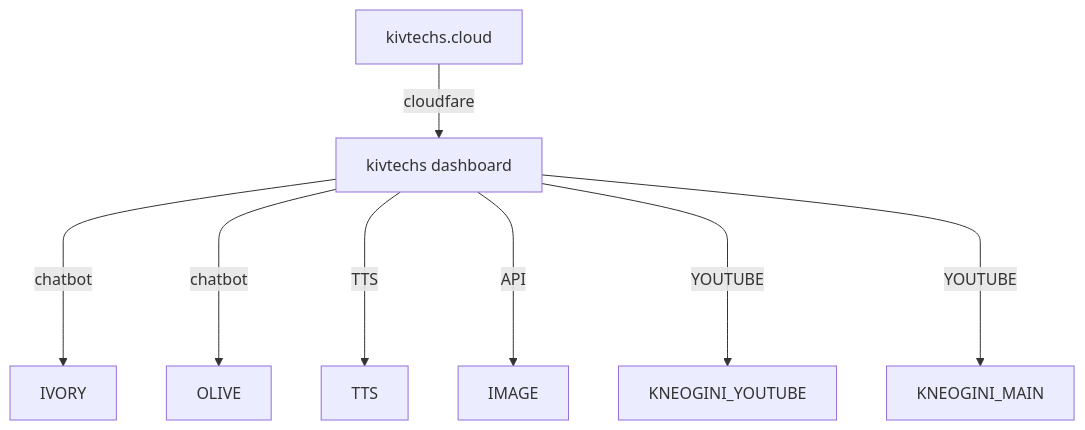
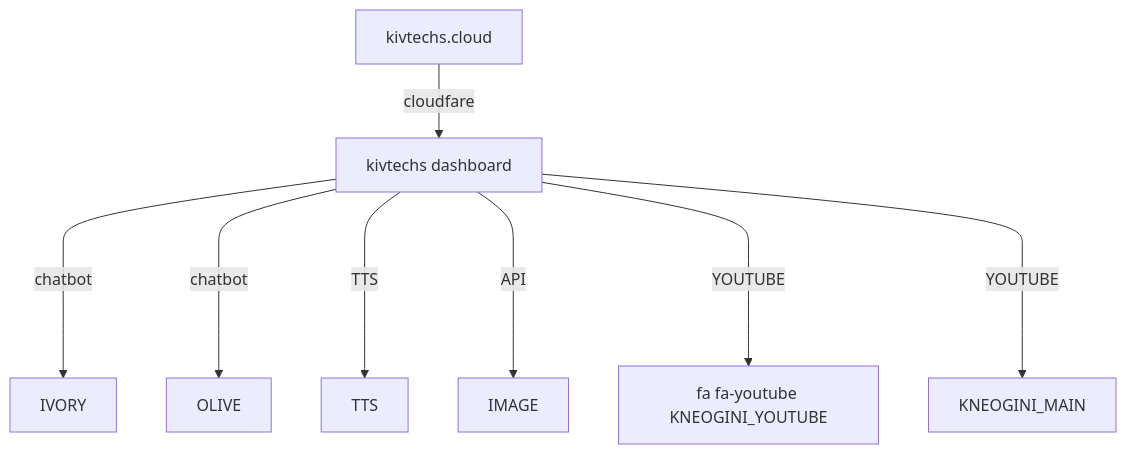
The diagram in README.md (kivtechs-uml/kivtechs-uml), drawn with Mermaid before and after one commit. The commit also changed other lines of this file, not shown here.

````diff
--- a/README.md
+++ b/README.md
@@ -22,14 +6,14 @@
 ```mermaid
 flowchart TD
     A[kivtechs.cloud] -->|cloudfare| B(kivtechs dashboard)
     B[kivtechs dashboard] ----> |chatbot| C1[IVORY]
     B[kivtechs dashboard] ----> |chatbot| C2[OLIVE]
     B[kivtechs dashboard] ----> |TTS| D[TTS]
     B[kivtechs dashboard] ----> |API| E[IMAGE]
- B[kivtechs dashboard] ----> |YOUTUBE| F[KNEOGINI_YOUTUBE]
+ B[kivtechs dashboard] ----> |YOUTUBE| F[fa fa-youtube KNEOGINI_YOUTUBE]
 B[kivtechs dashboard] ----> |YOUTUBE| G[KNEOGINI_MAIN]
 
 
 
 
 ```
````
